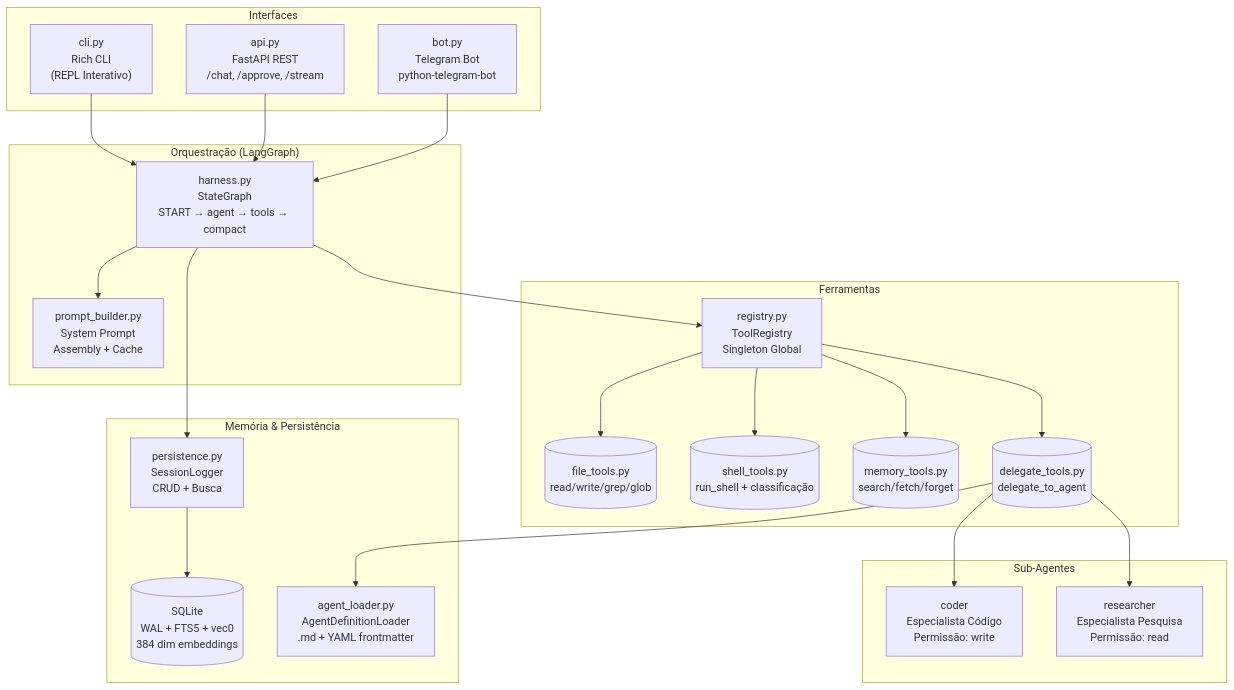
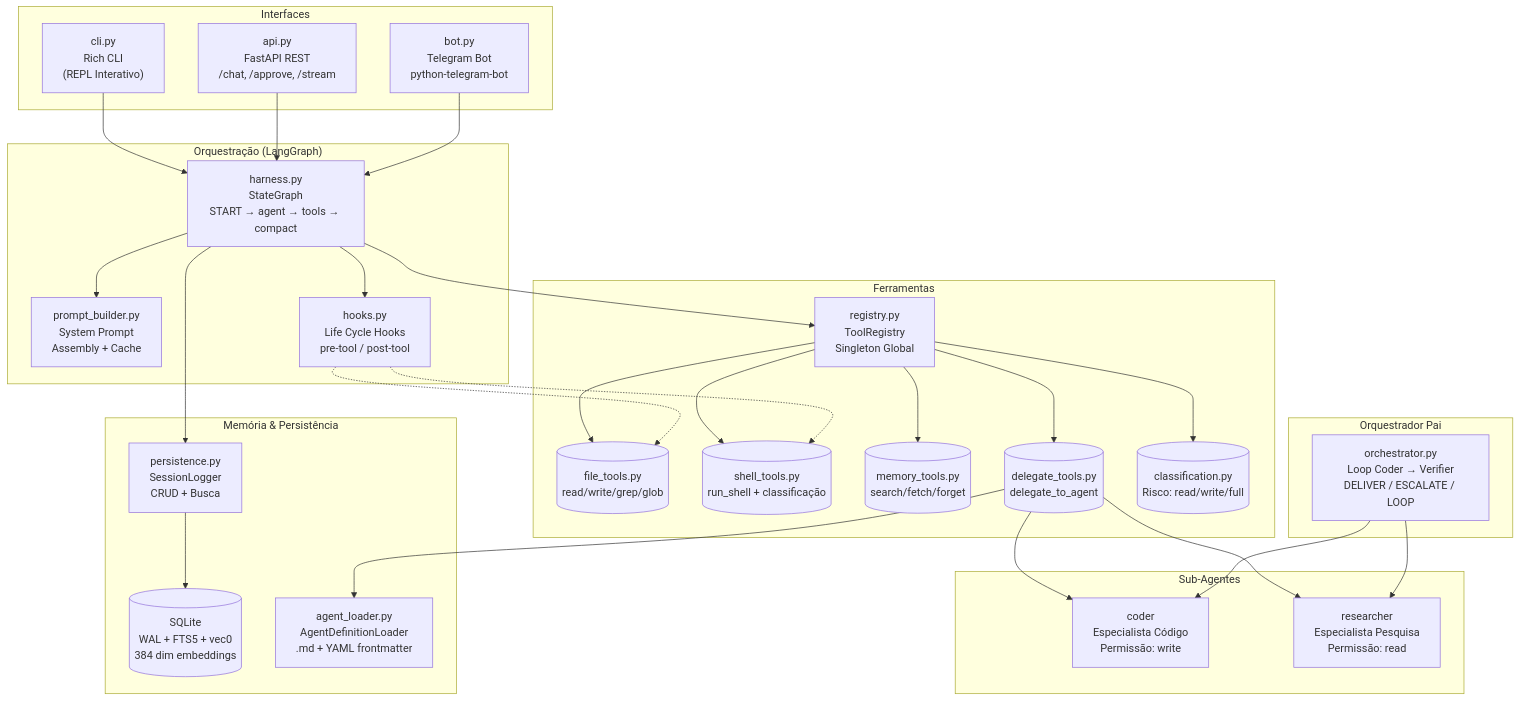
One commit to KlebersonCollab/k-claw changed the diagram in README.md. Above: the diagram before and after it, drawn with Mermaid. The commit also changed other lines of this file and 9 other files, not shown here.

````diff
--- a/README.md
+++ b/README.md
@@ -280,47 +282,59 @@
 ```mermaid
 graph TB
     subgraph "Interfaces"
         CLI["cli.py<br/>Rich CLI<br/>(REPL Interativo)"]
         API["api.py<br/>FastAPI REST<br/>/chat, /approve, /stream"]
         BOT["bot.py<br/>Telegram Bot<br/>python-telegram-bot"]
     end
 
     subgraph "Orquestração (LangGraph)"
         HARNESS["harness.py<br/>StateGraph<br/>START → agent → tools → compact"]
         PROMPT["prompt_builder.py<br/>System Prompt<br/>Assembly + Cache"]
+        HOOKS["hooks.py<br/>Life Cycle Hooks<br/>pre-tool / post-tool"]
+    end
+
+    subgraph "Orquestrador Pai"
+        ORCH["orchestrator.py<br/>Loop Coder → Verifier<br/>DELIVER / ESCALATE / LOOP"]
     end
 
     subgraph "Ferramentas"
         REGISTRY["registry.py<br/>ToolRegistry<br/>Singleton Global"]
         FILE[("file_tools.py<br/>read/write/grep/glob")]
         SHELL[("shell_tools.py<br/>run_shell + classificação")]
         MEMORY[("memory_tools.py<br/>search/fetch/forget")]
         DELEGATE[("delegate_tools.py<br/>delegate_to_agent")]
+        CLASSIFY[("classification.py<br/>Risco: read/write/full")]
     end
 
     subgraph "Sub-Agentes"
         CODER["coder<br/>Especialista Código<br/>Permissão: write"]
         RESEARCHER["researcher<br/>Especialista Pesquisa<br/>Permissão: read"]
     end
 
     subgraph "Memória & Persistência"
         PERSIST["persistence.py<br/>SessionLogger<br/>CRUD + Busca"]
         DB[("SQLite<br/>WAL + FTS5 + vec0<br/>384 dim embeddings")]
         LOADER["agent_loader.py<br/>AgentDefinitionLoader<br/>.md + YAML frontmatter"]
     end
 
     CLI --> HARNESS
     API --> HARNESS
     BOT --> HARNESS
     HARNESS --> PROMPT
+    HARNESS --> HOOKS
     HARNESS --> REGISTRY
     REGISTRY --> FILE
     REGISTRY --> SHELL
     REGISTRY --> MEMORY
     REGISTRY --> DELEGATE
+    REGISTRY --> CLASSIFY
     DELEGATE --> CODER
     DELEGATE --> RESEARCHER
     DELEGATE --> LOADER
+    ORCH --> CODER
+    ORCH --> RESEARCHER
     HARNESS --> PERSIST
     PERSIST --> DB
+    HOOKS -.-> SHELL
+    HOOKS -.-> FILE
 ```
````
